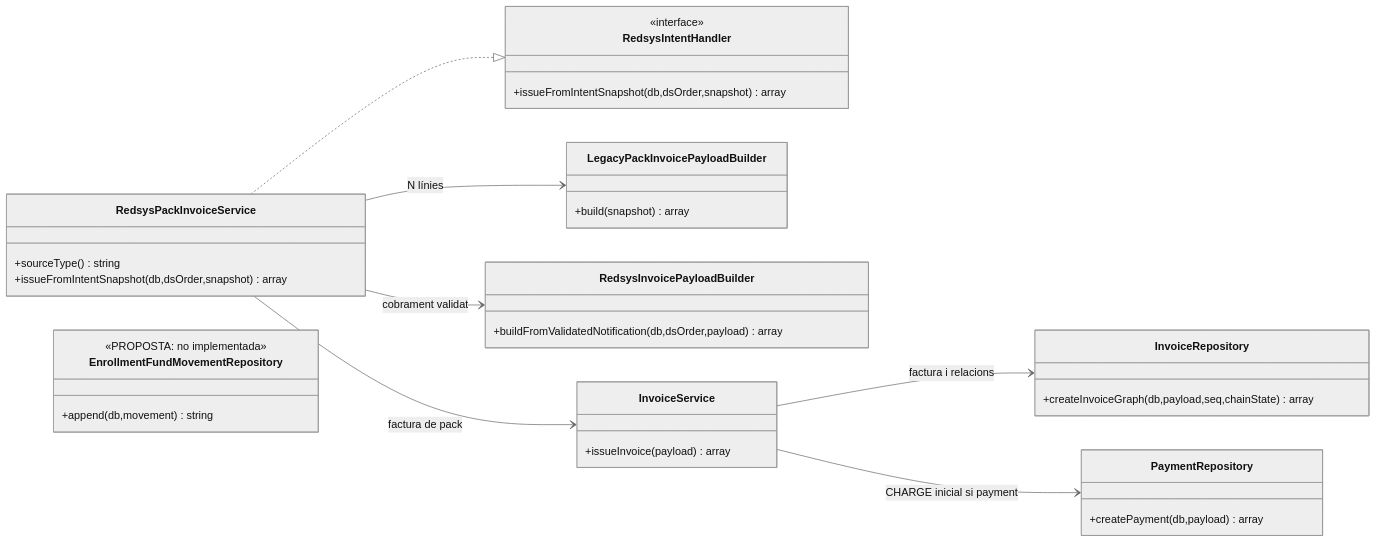
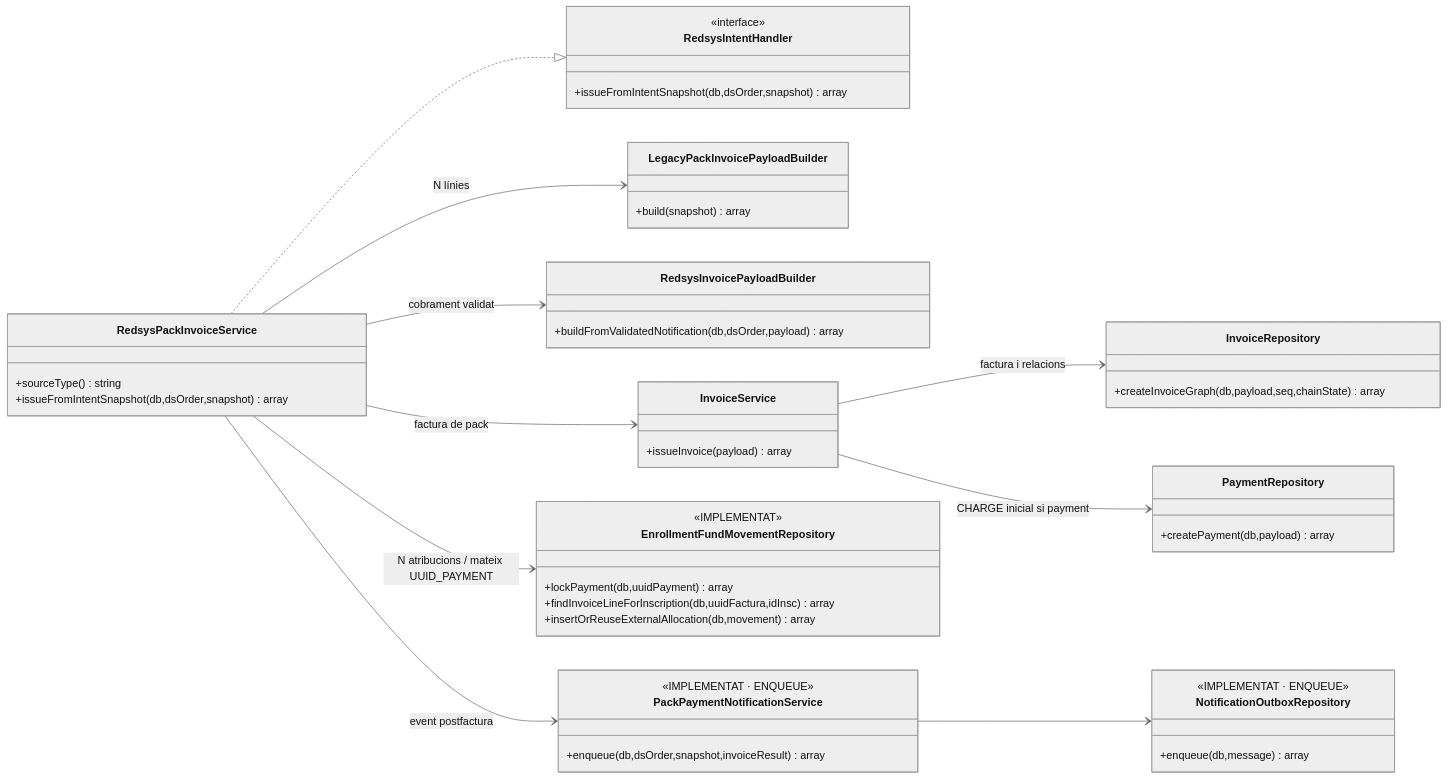
Before and after one commit to orgmeriemprismacat-del/verifactu: the third of 5 diagrams in documentacio/07-uml-integrat/uc-015-comprar-pack.md, drawn with Mermaid (neutral theme). The commit also changed other lines of this file, not shown here.

Commit message:
docs(UC-015): alinear UML integrat amb ledger i outbox implementats

````diff
--- a/documentacio/07-uml-integrat/uc-015-comprar-pack.md
+++ b/documentacio/07-uml-integrat/uc-015-comprar-pack.md
@@ -139,37 +139,50 @@
 ```mermaid
 classDiagram
 direction LR
 class RedsysPackInvoiceService {
  +sourceType() string
  +issueFromIntentSnapshot(db,dsOrder,snapshot) array
 }
 class RedsysIntentHandler {
  <<interface>>
  +issueFromIntentSnapshot(db,dsOrder,snapshot) array
 }
 class LegacyPackInvoicePayloadBuilder {
  +build(snapshot) array
 }
 class RedsysInvoicePayloadBuilder {
  +buildFromValidatedNotification(db,dsOrder,payload) array
 }
 class InvoiceService {
  +issueInvoice(payload) array
 }
 class InvoiceRepository {
  +createInvoiceGraph(db,payload,seq,chainState) array
 }
 class PaymentRepository {
  +createPayment(db,payload) array
 }
 class EnrollmentFundMovementRepository {
- <<PROPOSTA: no implementada>>
- +append(db,movement) string
+ <<IMPLEMENTAT>>
+ +lockPayment(db,uuidPayment) array
+ +findInvoiceLineForInscription(db,uuidFactura,idInsc) array
+ +insertOrReuseExternalAllocation(db,movement) array
+}
+class PackPaymentNotificationService {
+ <<IMPLEMENTAT · ENQUEUE>>
+ +enqueue(db,dsOrder,snapshot,invoiceResult) array
+}
+class NotificationOutboxRepository {
+ <<IMPLEMENTAT · ENQUEUE>>
+ +enqueue(db,message) array
 }
 RedsysPackInvoiceService ..|> RedsysIntentHandler
 RedsysPackInvoiceService --> LegacyPackInvoicePayloadBuilder : N línies
 RedsysPackInvoiceService --> RedsysInvoicePayloadBuilder : cobrament validat
 RedsysPackInvoiceService --> InvoiceService : factura de pack
+RedsysPackInvoiceService --> EnrollmentFundMovementRepository : N atribucions / mateix UUID_PAYMENT
+RedsysPackInvoiceService --> PackPaymentNotificationService : event postfactura
+PackPaymentNotificationService --> NotificationOutboxRepository
 InvoiceService --> InvoiceRepository : factura i relacions
 InvoiceService --> PaymentRepository : CHARGE inicial si payment
 ```
````
